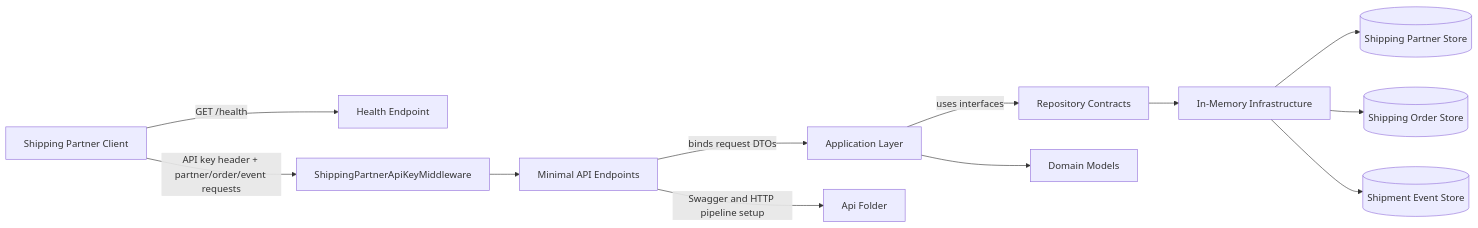
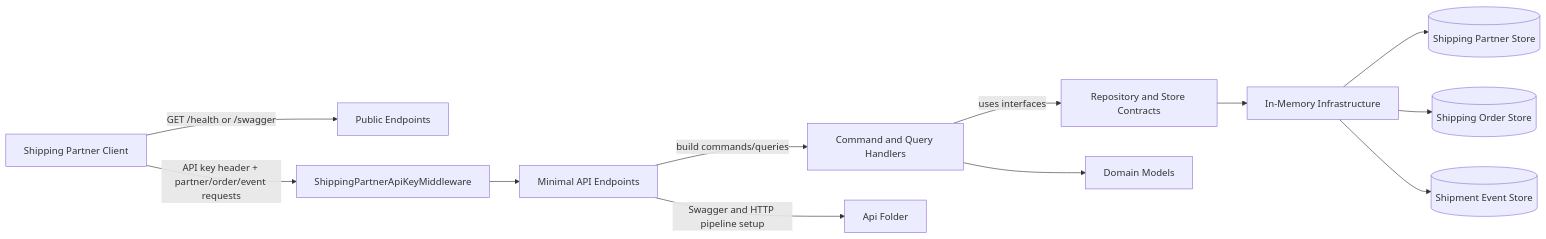
The first of 2 diagrams in docs/shipping-partner-integration-flow.md (bm295/PartnerAPI), drawn with Mermaid before and after one commit. The commit also changed other lines of this file and 9 other files, not shown here.

````diff
--- a/docs/shipping-partner-integration-flow.md
+++ b/docs/shipping-partner-integration-flow.md
@@ -39,16 +55,16 @@
 ```mermaid
 flowchart LR
-    Client[Shipping Partner Client] -->|GET /health| Health[Health Endpoint]
+    Client[Shipping Partner Client] -->|GET /health or /swagger| Public[Public Endpoints]
     Client -->|API key header + partner/order/event requests| Gateway[ShippingPartnerApiKeyMiddleware]
     Gateway --> Routes[Minimal API Endpoints]
 
-    Routes -->|binds request DTOs| App[Application Layer]
-    App -->|uses interfaces| RepoContract[Repository Contracts]
+    Routes -->|build commands/queries| CQRS[Command and Query Handlers]
+    CQRS -->|uses interfaces| RepoContract[Repository and Store Contracts]
     RepoContract --> Infra[In-Memory Infrastructure]
     Infra --> StorePartners[(Shipping Partner Store)]
     Infra --> StoreOrders[(Shipping Order Store)]
     Infra --> StoreEvents[(Shipment Event Store)]
 
-    App --> Domain[Domain Models]
+    CQRS --> Domain[Domain Models]
     Routes -->|Swagger and HTTP pipeline setup| ApiLayer[Api Folder]
 ```
````
